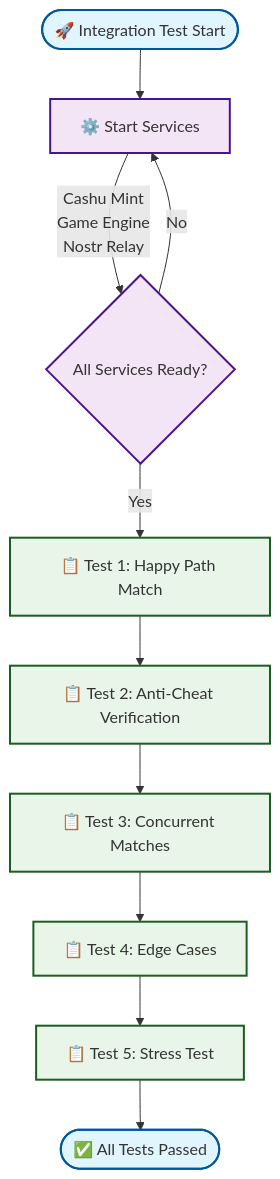
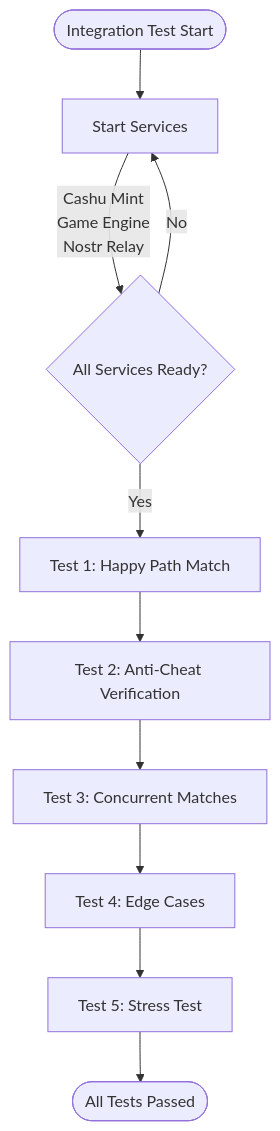
The first of 4 diagrams in docs/diagrams/INTEGRATION_TEST_FLOW.md (EthnTuttle/manastr), drawn with Mermaid before and after one commit. The commit also changed other lines of this file and 25 other files, not shown here.

````diff
--- a/docs/diagrams/INTEGRATION_TEST_FLOW.md
+++ b/docs/diagrams/INTEGRATION_TEST_FLOW.md
@@ -8,24 +8,15 @@
 ```mermaid
 flowchart TD
-    Start([🚀 Integration Test Start]) --> Services[⚙️ Start Services]
-    Services --> |"Cashu Mint<br/>Game Engine<br/>Nostr Relay"| Ready{All Services Ready?}
+    Start(["Integration Test Start"]) --> Services["Start Services"]
+    Services --> |"Cashu Mint<br/>Game Engine<br/>Nostr Relay"| Ready{"All Services Ready?"}
     
-    Ready -->|Yes| Test1[📋 Test 1: Happy Path Match]
+    Ready -->|Yes| Test1["Test 1: Happy Path Match"]
     Ready -->|No| Services
     
-    Test1 --> Test2[📋 Test 2: Anti-Cheat Verification]
-    Test2 --> Test3[📋 Test 3: Concurrent Matches]
-    Test3 --> Test4[📋 Test 4: Edge Cases]
-    Test4 --> Test5[📋 Test 5: Stress Test]
+    Test1 --> Test2["Test 2: Anti-Cheat Verification"]
+    Test2 --> Test3["Test 3: Concurrent Matches"]
+    Test3 --> Test4["Test 4: Edge Cases"]
+    Test4 --> Test5["Test 5: Stress Test"]
     
-    Test5 --> Success([✅ All Tests Passed])
-    
-    %% Styling
-    classDef startEnd fill:#e1f5fe,stroke:#01579b,stroke-width:2px
-    classDef process fill:#f3e5f5,stroke:#4a148c,stroke-width:2px
-    classDef test fill:#e8f5e8,stroke:#1b5e20,stroke-width:2px
-    
-    class Start,Success startEnd
-    class Services,Ready process
-    class Test1,Test2,Test3,Test4,Test5 test
+    Test5 --> Success(["All Tests Passed"])
 ```
````
